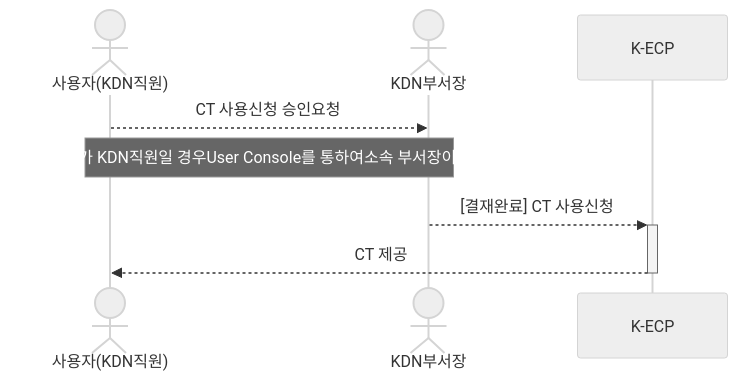
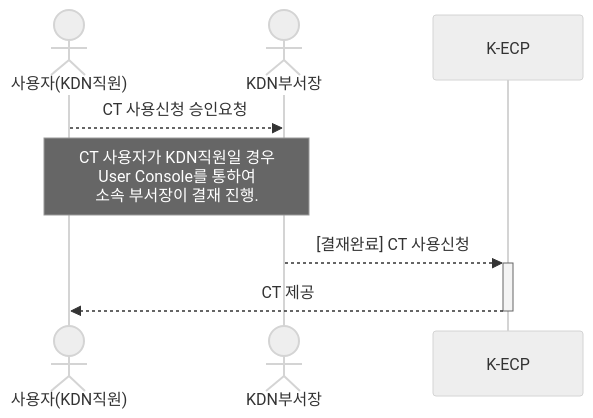
The first of 2 diagrams in mdfiles/ContainerTerminal_started.md (KDN-ECP/guidebooks), drawn with Mermaid (neutral theme) before and after one commit.

````diff
--- a/mdfiles/ContainerTerminal_started.md
+++ b/mdfiles/ContainerTerminal_started.md
@@ -41,9 +41,9 @@
 ```mermaid
 sequenceDiagram
   actor 사용자(KDN직원)
   actor KDN부서장
   사용자(KDN직원) -->> KDN부서장: CT 사용신청 승인요청
-  Note over 사용자(KDN직원), KDN부서장: CT 사용자가 KDN직원일 경우User Console를 통하여소속 부서장이 결재 진행.
+  Note over 사용자(KDN직원), KDN부서장: CT 사용자가 KDN직원일 경우<br/>User Console를 통하여<br/>소속 부서장이 결재 진행.
   KDN부서장 -->>+ K-ECP: [결재완료] CT 사용신청
   K-ECP -->>- 사용자(KDN직원): CT 제공
 ```
````
